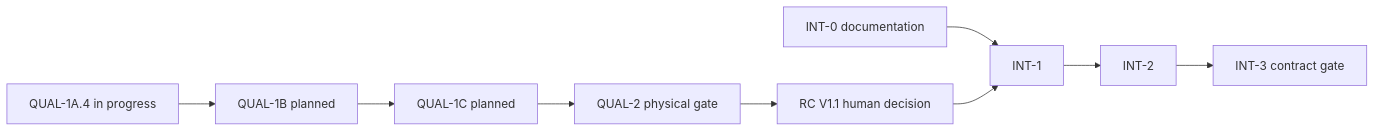
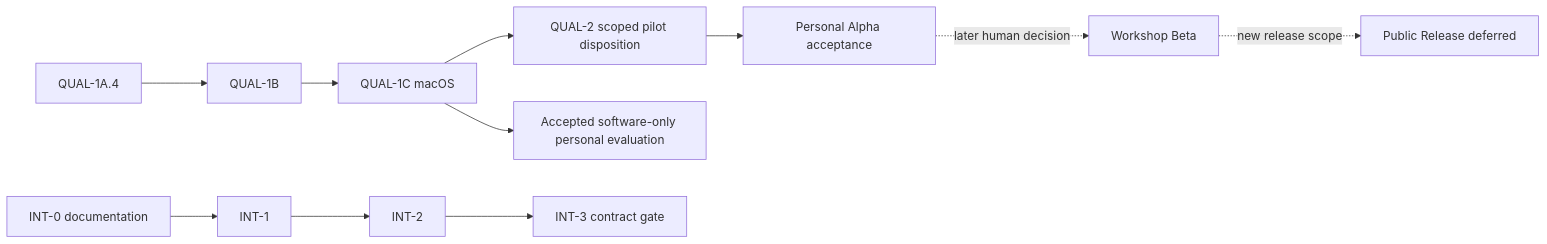
One commit to harry-finch/FabCAM changed the diagram in docs/releases/RELEASE_ROADMAP.md. Above: the diagram before and after it, drawn with Mermaid. The commit also changed other lines of this file and 7 other files, not shown here.

Commit message:
docs(product): plan FabApps vision and macOS Personal Alpha

````diff
--- a/docs/releases/RELEASE_ROADMAP.md
+++ b/docs/releases/RELEASE_ROADMAP.md
@@ -158,11 +205,13 @@
 ```mermaid
 flowchart LR
-  A[QUAL-1A.4 in progress] --> B[QUAL-1B planned]
-  B --> C[QUAL-1C planned]
-  C --> D[QUAL-2 physical gate]
-  D --> E[RC V1.1 human decision]
+  A[QUAL-1A.4] --> B[QUAL-1B]
+  B --> C[QUAL-1C macOS]
+  C --> D[QUAL-2 scoped pilot disposition]
+  D --> E[Personal Alpha acceptance]
+  C --> P[Accepted software-only personal evaluation]
+  E -. later human decision .-> W[Workshop Beta]
+  W -. new release scope .-> R[Public Release deferred]
   F[INT-0 documentation] --> G[INT-1]
-  E --> G
   G --> H[INT-2]
   H --> I[INT-3 contract gate]
 ```
````
